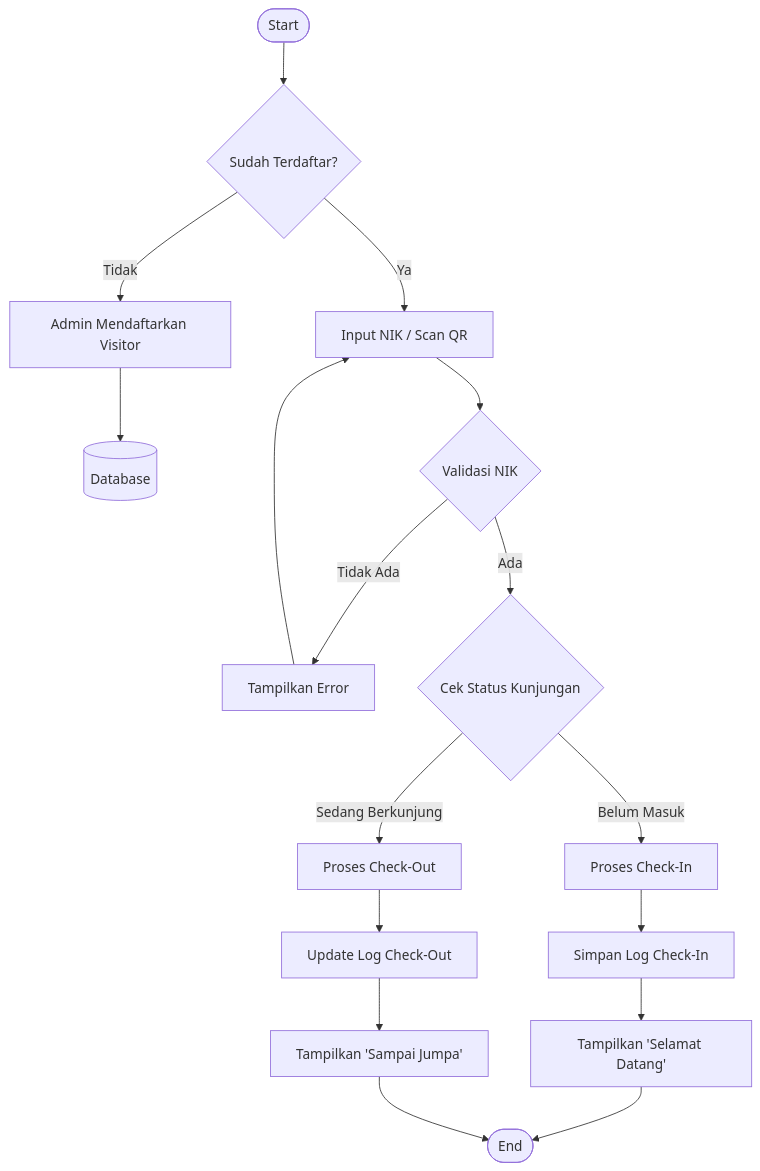
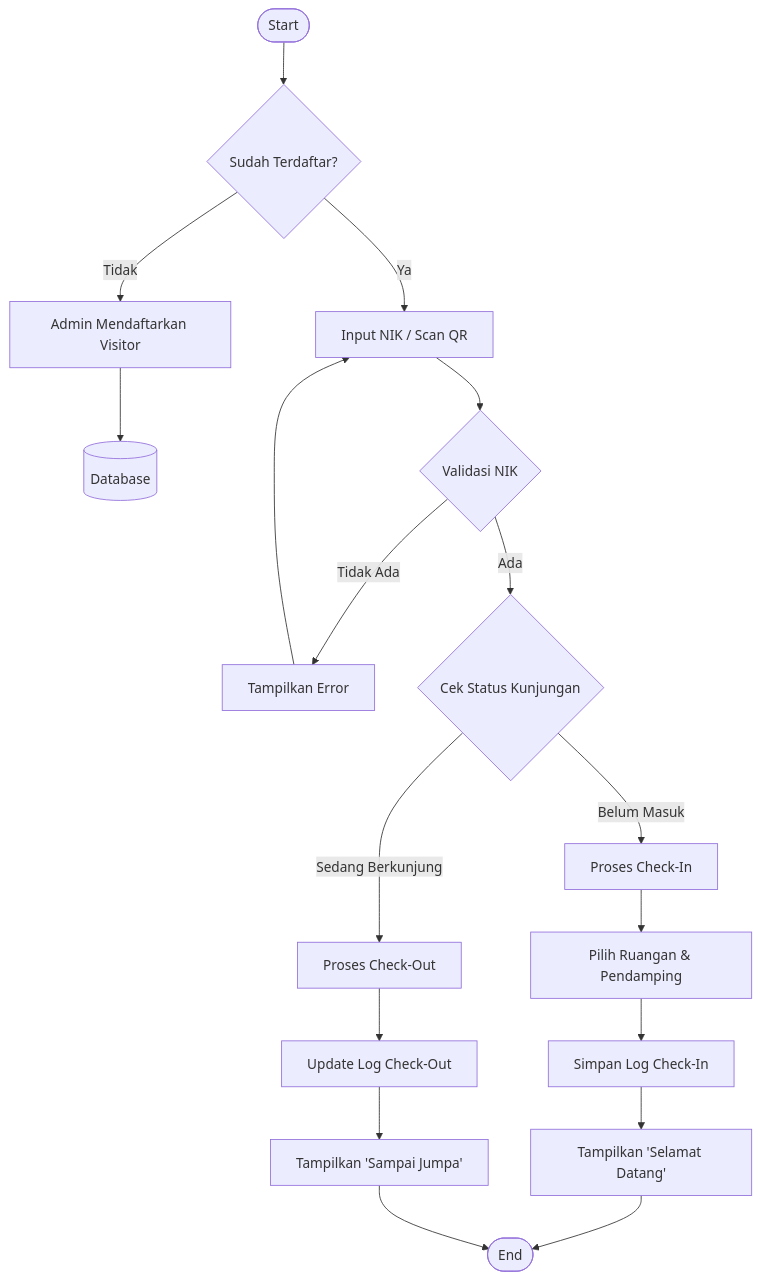
Before and after one commit to Nyanns/bkn-visitor-app: the second of 4 diagrams in docs/TECHNICAL_DOCS.md, drawn with Mermaid. The commit also changed other lines of this file and 19 other files, not shown here.

````diff
--- a/docs/TECHNICAL_DOCS.md
+++ b/docs/TECHNICAL_DOCS.md
@@ -46,25 +48,26 @@
 ```mermaid
 flowchart TD
     Start([Start]) --> Login{Sudah Terdaftar?}
     
     Login -- Tidak --> Register[Admin Mendaftarkan Visitor]
     Register --> Database[(Database)]
     
     Login -- Ya --> InputNIK[Input NIK / Scan QR]
     InputNIK --> Validate{Validasi NIK}
     
     Validate -- Tidak Ada --> Error[Tampilkan Error]
     Error --> InputNIK
     
     Validate -- Ada --> StatusCheck{Cek Status Kunjungan}
     
     StatusCheck -- Belum Masuk --> CheckIn[Proses Check-In]
-    CheckIn --> SaveLog[Simpan Log Check-In]
+    CheckIn --> Select[Pilih Ruangan & Pendamping]
+    Select --> SaveLog[Simpan Log Check-In]
     SaveLog --> SuccessIn[Tampilkan 'Selamat Datang']
     SuccessIn --> Stop([End])
     
     StatusCheck -- Sedang Berkunjung --> CheckOut[Proses Check-Out]
     CheckOut --> UpdateLog[Update Log Check-Out]
     UpdateLog --> SuccessOut[Tampilkan 'Sampai Jumpa']
     SuccessOut --> Stop
 ```
````
